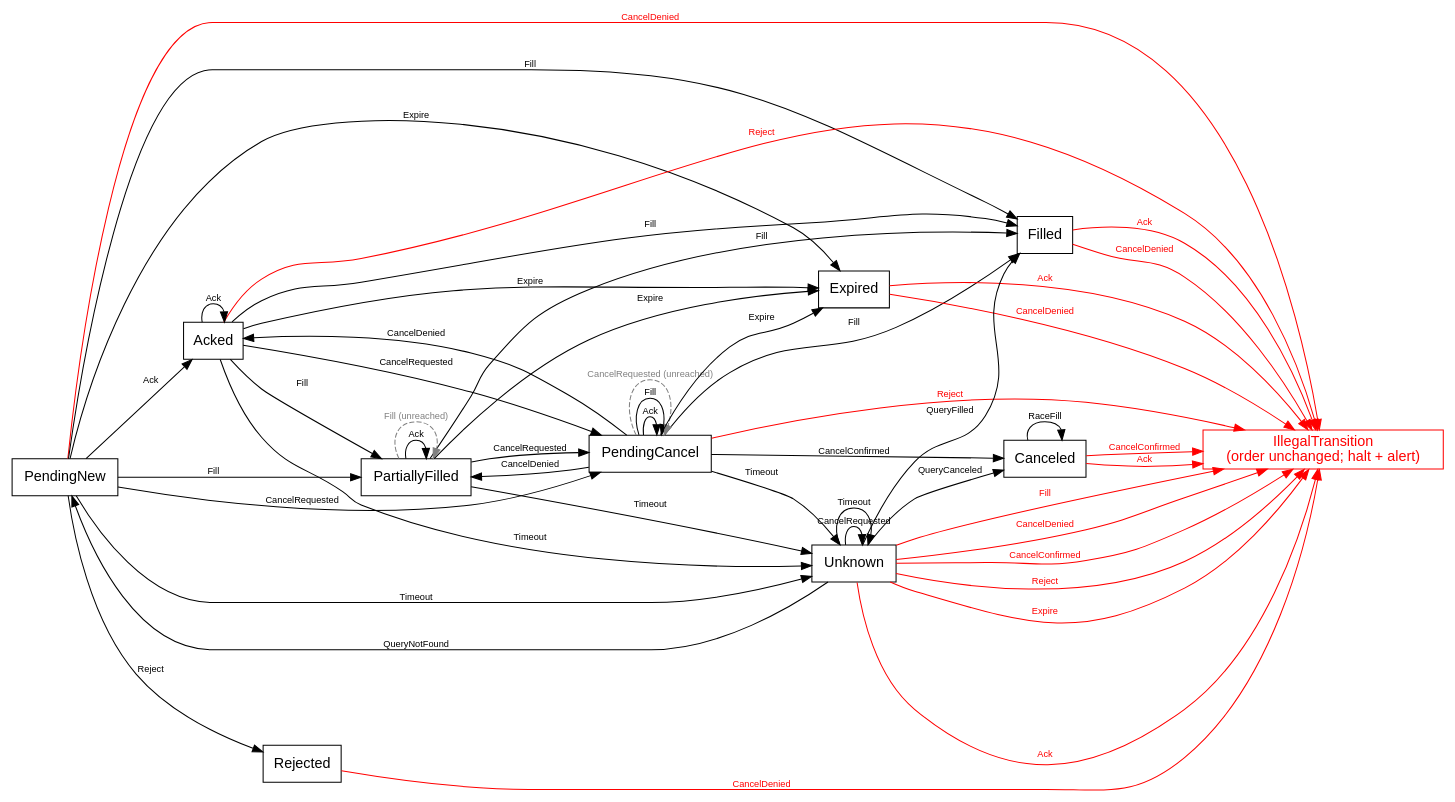
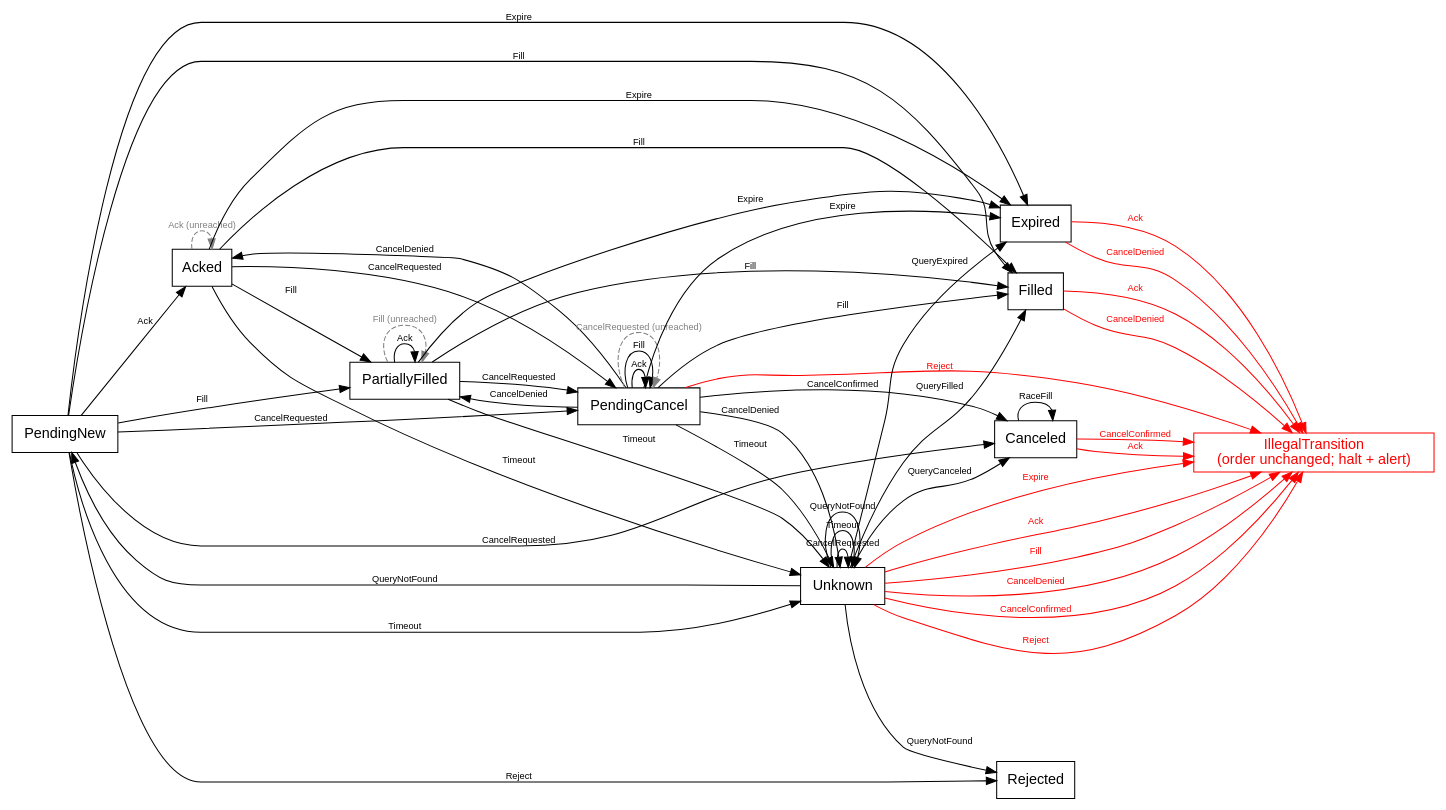
One commit to KimSeogyu/parangsae changed the diagram in specs/tla/execution/lifecycle.dot. Above: the diagram before and after it, drawn with Graphviz. The commit also changed 75 other files, not shown here.

First line of the commit message:
spec(execution): OrderLifecycle TLA+ v3.1 (F1-F3,F5,F8,F9; fresh ClientOrderId per attempt; QueryExpired)

```diff
--- a/specs/tla/execution/lifecycle.dot
+++ b/specs/tla/execution/lifecycle.dot
@@ -1,54 +1,56 @@
 digraph OrderLifecycleCells {
  rankdir=LR; node [shape=box, fontname="Helvetica"]; edge [fontname="Helvetica", fontsize=9];
  "IllegalTransition" [label="IllegalTransition\n(order unchanged; halt + alert)", color=red, fontcolor=red];
  "PendingNew" -> "Acked" [label="Ack"];
  "PendingNew" -> "Filled" [label="Fill"];
  "PendingNew" -> "PartiallyFilled" [label="Fill"];
+ "PendingNew" -> "Canceled" [label="CancelRequested"];
  "PendingNew" -> "PendingCancel" [label="CancelRequested"];
- "PendingNew" -> "IllegalTransition" [label="CancelDenied", color=red, fontcolor=red];
  "PendingNew" -> "Rejected" [label="Reject"];
  "PendingNew" -> "Expired" [label="Expire"];
  "PendingNew" -> "Unknown" [label="Timeout"];
- "Acked" -> "Acked" [label="Ack"];
+ "Acked" -> "Acked" [label="Ack (unreached)", style=dashed, color=grey, fontcolor=grey];
  "Acked" -> "Filled" [label="Fill"];
  "Acked" -> "PartiallyFilled" [label="Fill"];
  "Acked" -> "PendingCancel" [label="CancelRequested"];
- "Acked" -> "IllegalTransition" [label="Reject", color=red, fontcolor=red];
  "Acked" -> "Expired" [label="Expire"];
  "Acked" -> "Unknown" [label="Timeout"];
  "PartiallyFilled" -> "PartiallyFilled" [label="Ack"];
  "PartiallyFilled" -> "Filled" [label="Fill"];
  "PartiallyFilled" -> "PartiallyFilled" [label="Fill (unreached)", style=dashed, color=grey, fontcolor=grey];
  "PartiallyFilled" -> "PendingCancel" [label="CancelRequested"];
  "PartiallyFilled" -> "Expired" [label="Expire"];
  "PartiallyFilled" -> "Unknown" [label="Timeout"];
  "Filled" -> "IllegalTransition" [label="Ack", color=red, fontcolor=red];
  "Filled" -> "IllegalTransition" [label="CancelDenied", color=red, fontcolor=red];
  "PendingCancel" -> "PendingCancel" [label="Ack"];
  "PendingCancel" -> "Filled" [label="Fill"];
  "PendingCancel" -> "PendingCancel" [label="Fill"];
  "PendingCancel" -> "PendingCancel" [label="CancelRequested (unreached)", style=dashed, color=grey, fontcolor=grey];
  "PendingCancel" -> "Acked" [label="CancelDenied"];
  "PendingCancel" -> "PartiallyFilled" [label="CancelDenied"];
+ "PendingCancel" -> "Unknown" [label="CancelDenied"];
  "PendingCancel" -> "Canceled" [label="CancelConfirmed"];
  "PendingCancel" -> "IllegalTransition" [label="Reject", color=red, fontcolor=red];
  "PendingCancel" -> "Expired" [label="Expire"];
  "PendingCancel" -> "Unknown" [label="Timeout"];
  "Canceled" -> "IllegalTransition" [label="Ack", color=red, fontcolor=red];
  "Canceled" -> "IllegalTransition" [label="CancelConfirmed", color=red, fontcolor=red];
  "Canceled" -> "Canceled" [label="RaceFill"];
- "Rejected" -> "IllegalTransition" [label="CancelDenied", color=red, fontcolor=red];
  "Expired" -> "IllegalTransition" [label="Ack", color=red, fontcolor=red];
  "Expired" -> "IllegalTransition" [label="CancelDenied", color=red, fontcolor=red];
  "Unknown" -> "IllegalTransition" [label="Ack", color=red, fontcolor=red];
  "Unknown" -> "IllegalTransition" [label="Fill", color=red, fontcolor=red];
  "Unknown" -> "Unknown" [label="CancelRequested"];
  "Unknown" -> "IllegalTransition" [label="CancelDenied", color=red, fontcolor=red];
  "Unknown" -> "IllegalTransition" [label="CancelConfirmed", color=red, fontcolor=red];
  "Unknown" -> "IllegalTransition" [label="Reject", color=red, fontcolor=red];
  "Unknown" -> "IllegalTransition" [label="Expire", color=red, fontcolor=red];
  "Unknown" -> "Unknown" [label="Timeout"];
  "Unknown" -> "Filled" [label="QueryFilled"];
  "Unknown" -> "Canceled" [label="QueryCanceled"];
+ "Unknown" -> "Expired" [label="QueryExpired"];
  "Unknown" -> "PendingNew" [label="QueryNotFound"];
+ "Unknown" -> "Rejected" [label="QueryNotFound"];
+ "Unknown" -> "Unknown" [label="QueryNotFound"];
 }
```
